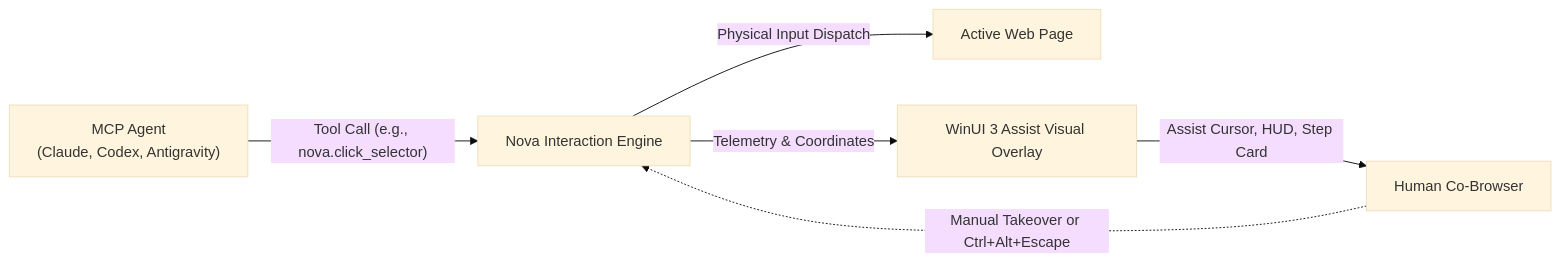
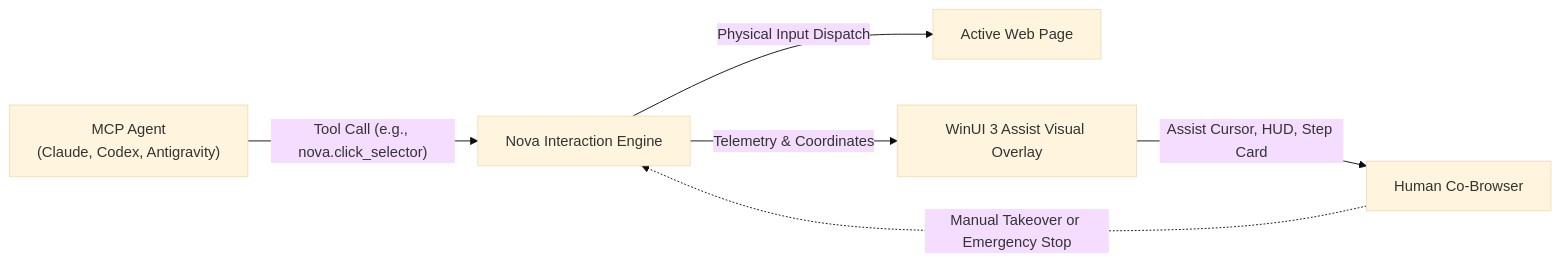
One commit to joelaniol/nova changed the diagram in docs/user-guide/agents/watching-agent-work.md. Above: the diagram before and after it, drawn with Mermaid (base theme). The commit also changed other lines of this file and 22 other files, not shown here.

````diff
--- a/docs/user-guide/agents/watching-agent-work.md
+++ b/docs/user-guide/agents/watching-agent-work.md
@@ -12,8 +12,8 @@
 ```mermaid
 flowchart LR
     Agent["MCP Agent<br/>(Claude, Codex, Antigravity)"] -->|"Tool Call (e.g., nova.click_selector)"| Engine["Nova Interaction Engine"]
     Engine -->|"Physical Input Dispatch"| Page["Active Web Page"]
     Engine -->|"Telemetry & Coordinates"| Overlay["WinUI 3 Assist Visual Overlay"]
     Overlay -->|"Assist Cursor, HUD, Step Card"| User["Human Co-Browser"]
-    User -.->|"Manual Takeover or Ctrl+Alt+Escape"| Engine
+    User -.->|"Manual Takeover or Emergency Stop"| Engine
 ```
````
